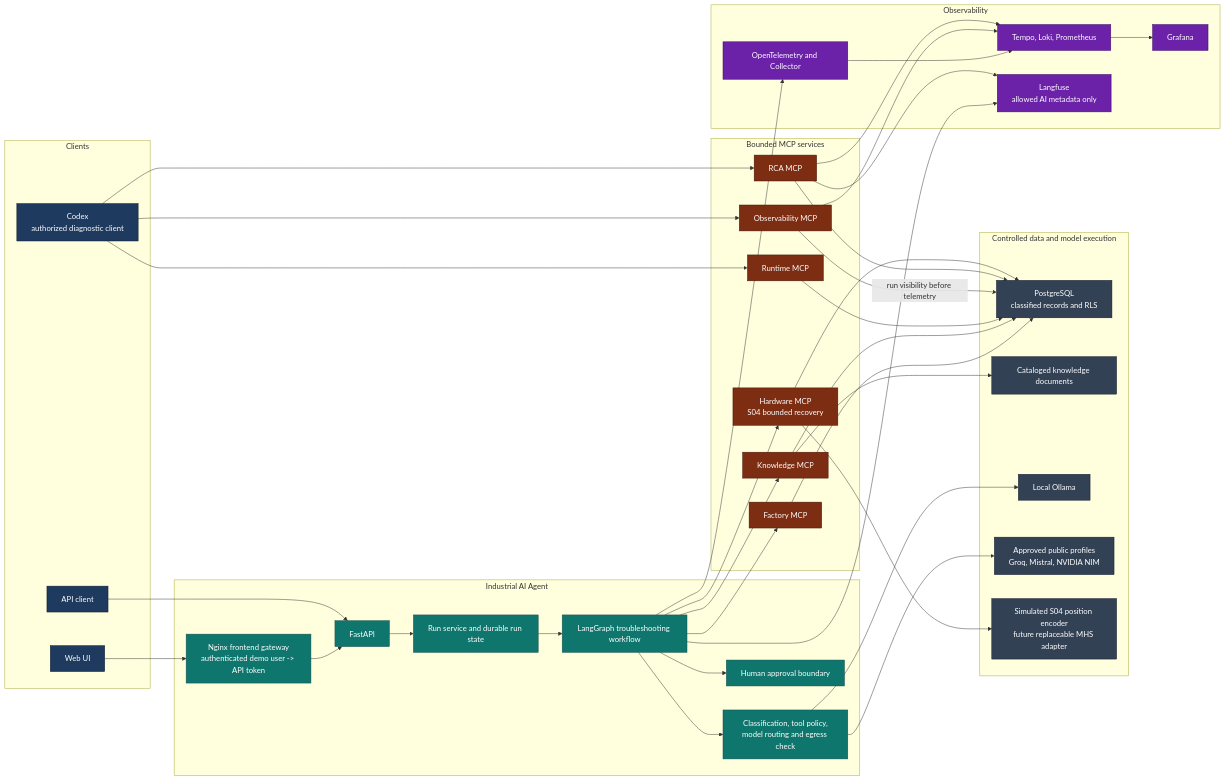
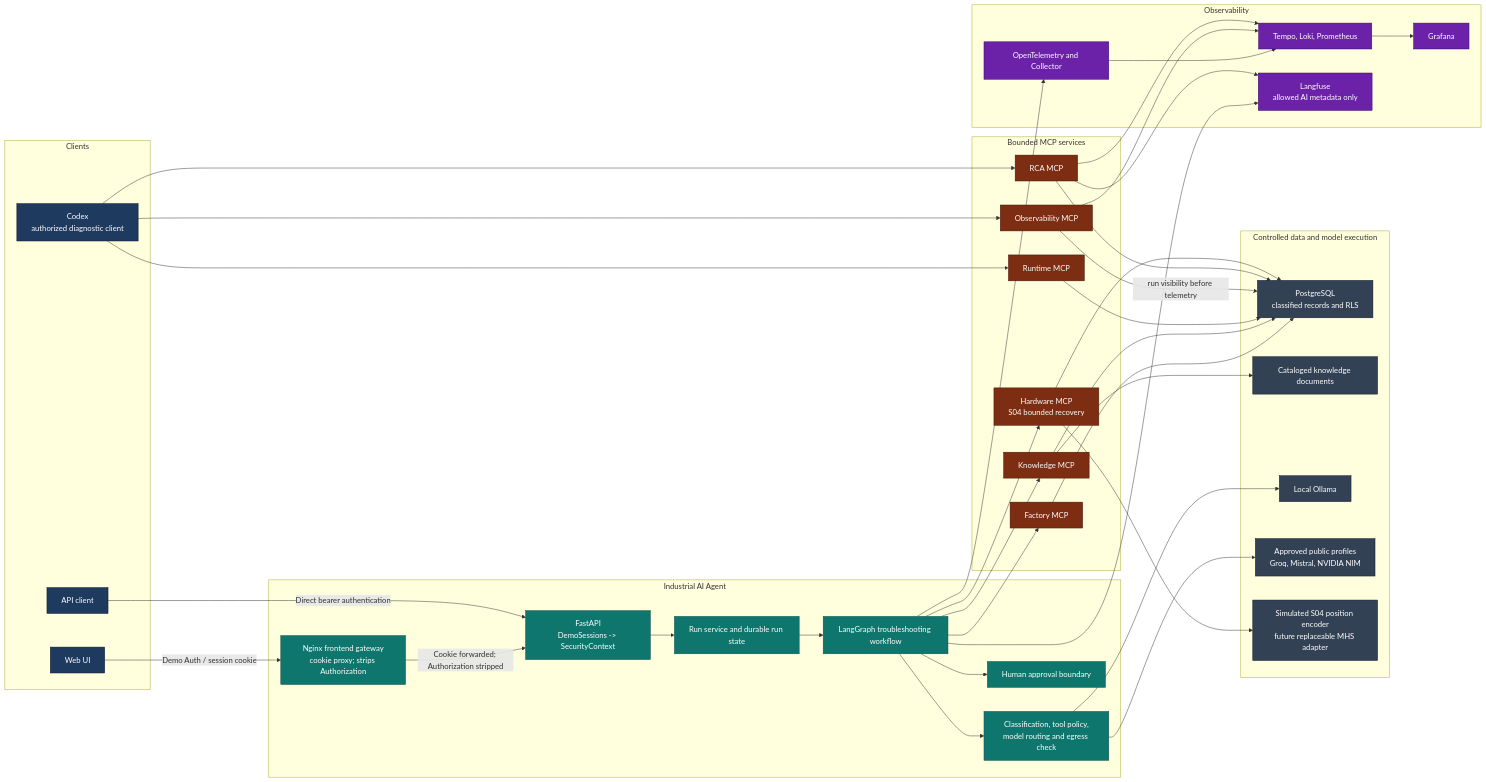
The first of 22 diagrams in docs/architecture/overview.md (aboerzel/industrial-ai-agent), drawn with Mermaid before and after one commit. The commit also changed other lines of this file and 2 other files, not shown here.

First line of the commit message:
docs(auth): align current architecture and browser test documentation

````diff
--- a/docs/architecture/overview.md
+++ b/docs/architecture/overview.md
@@ -30,80 +30,80 @@
 ```mermaid
 flowchart LR
     subgraph Clients["Clients"]
         UI["Web UI"]
         APIClient["API client"]
         Codex["Codex<br/>authorized diagnostic client"]
     end
 
     subgraph Application["Industrial AI Agent"]
-        Gateway["Nginx frontend gateway<br/>authenticated demo user -> API token"]
-        API["FastAPI"]
+        Gateway["Nginx frontend gateway<br/>cookie proxy; strips Authorization"]
+        API["FastAPI<br/>DemoSessions -> SecurityContext"]
         Run["Run service and durable run state"]
         Agent["LangGraph troubleshooting workflow"]
         Policy["Classification, tool policy,<br/>model routing and egress check"]
         HITL["Human approval boundary"]
     end
 
     subgraph MCP["Bounded MCP services"]
         Factory["Factory MCP"]
         Knowledge["Knowledge MCP"]
         Runtime["Runtime MCP"]
         Observe["Observability MCP"]
         RCA["RCA MCP"]
         Hardware["Hardware MCP\nS04 bounded recovery"]
     end
 
     subgraph Data["Controlled data and model execution"]
         Postgres["PostgreSQL<br/>classified records and RLS"]
         Documents["Cataloged knowledge documents"]
         Local["Local Ollama"]
         Public["Approved public profiles<br/>Groq, Mistral, NVIDIA NIM"]
         Device["Simulated S04 position encoder<br/>future replaceable MHS adapter"]
     end
 
     subgraph Telemetry["Observability"]
         OTel["OpenTelemetry and Collector"]
         Backends["Tempo, Loki, Prometheus"]
         Grafana["Grafana"]
         Langfuse["Langfuse<br/>allowed AI metadata only"]
     end
 
-    UI --> Gateway --> API
-    APIClient --> API
+    UI -->|"Demo Auth / session cookie"| Gateway -->|"Cookie forwarded; Authorization stripped"| API
+    APIClient -->|"Direct bearer authentication"| API
     API --> Run --> Agent
     Agent --> Policy
     Agent --> Factory
     Agent --> Knowledge
     Agent --> HITL
     Agent --> Hardware
     Factory --> Postgres
     Knowledge --> Postgres
     Knowledge --> Documents
     Policy --> Local
     Policy --> Public
     Agent --> OTel
     OTel --> Backends --> Grafana
     Agent --> Langfuse
     Codex --> Runtime
     Codex --> Observe
     Codex --> RCA
     Runtime --> Postgres
     Observe -->|run visibility before telemetry| Postgres
     Observe --> Backends
     RCA --> Postgres
     RCA --> Backends
     RCA --> Langfuse
     Hardware --> Postgres
     Hardware --> Device
 
     classDef client fill:#1e3a5f,stroke:#0f172a,color:#ffffff
     classDef core fill:#0f766e,stroke:#134e4a,color:#ffffff
     classDef mcp fill:#7c2d12,stroke:#431407,color:#ffffff
     classDef data fill:#334155,stroke:#0f172a,color:#ffffff
     classDef telemetry fill:#6b21a8,stroke:#3b0764,color:#ffffff
     class UI,APIClient,Codex client
     class Gateway,API,Run,Agent,Policy,HITL core
     class Factory,Knowledge,Runtime,Observe,RCA,Hardware mcp
     class Postgres,Documents,Local,Public,Device data
     class OTel,Backends,Grafana,Langfuse telemetry
 ```
````
